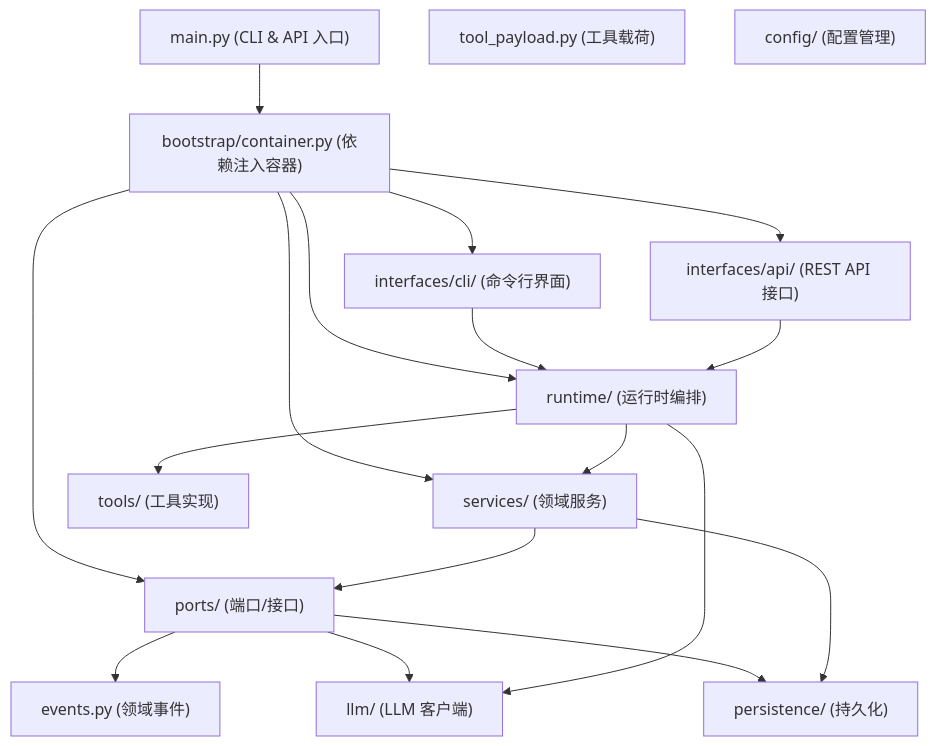
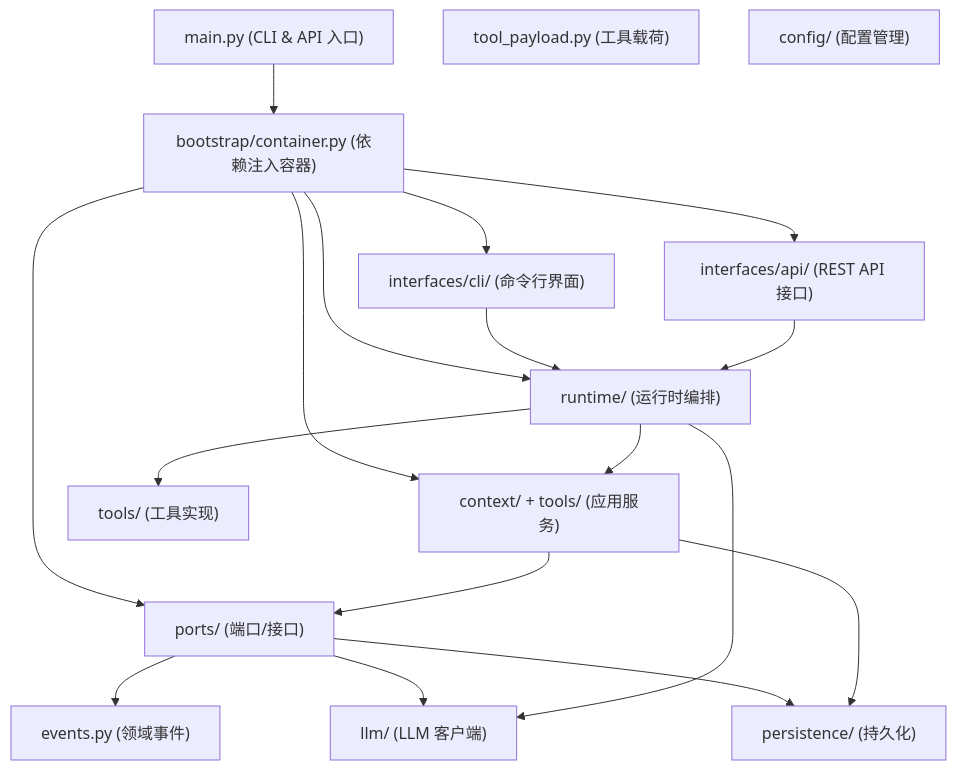
The first of 4 diagrams in docs/architecture.md (Azzurroooo/rind), drawn with Mermaid before and after one commit. The commit also changed other lines of this file and 133 other files, not shown here.

````diff
--- a/docs/architecture.md
+++ b/docs/architecture.md
@@ -5,33 +5,33 @@
 ```mermaid
 graph TB
     A["main.py (CLI & API 入口)"]
     B["bootstrap/container.py (依赖注入容器)"]
     C["interfaces/cli/ (命令行界面)"]
     D["interfaces/api/ (REST API 接口)"]
     E["runtime/ (运行时编排)"]
-    F["services/ (领域服务)"]
+    F["context/ + tools/ (应用服务)"]
     G["ports/ (端口/接口)"]
     H["events.py (领域事件)"]
     I["tool_payload.py (工具载荷)"]
     J["config/ (配置管理)"]
     K["llm/ (LLM 客户端)"]
     L["persistence/ (持久化)"]
     M["tools/ (工具实现)"]
 
     A --> B
     B --> C
     B --> D
     B --> E
     B --> F
     B --> G
     C --> E
     D --> E
     E --> F
     E --> M
     F --> G
     G --> H
     G --> K
     G --> L
     E --> K
     F --> L
 ```
````
